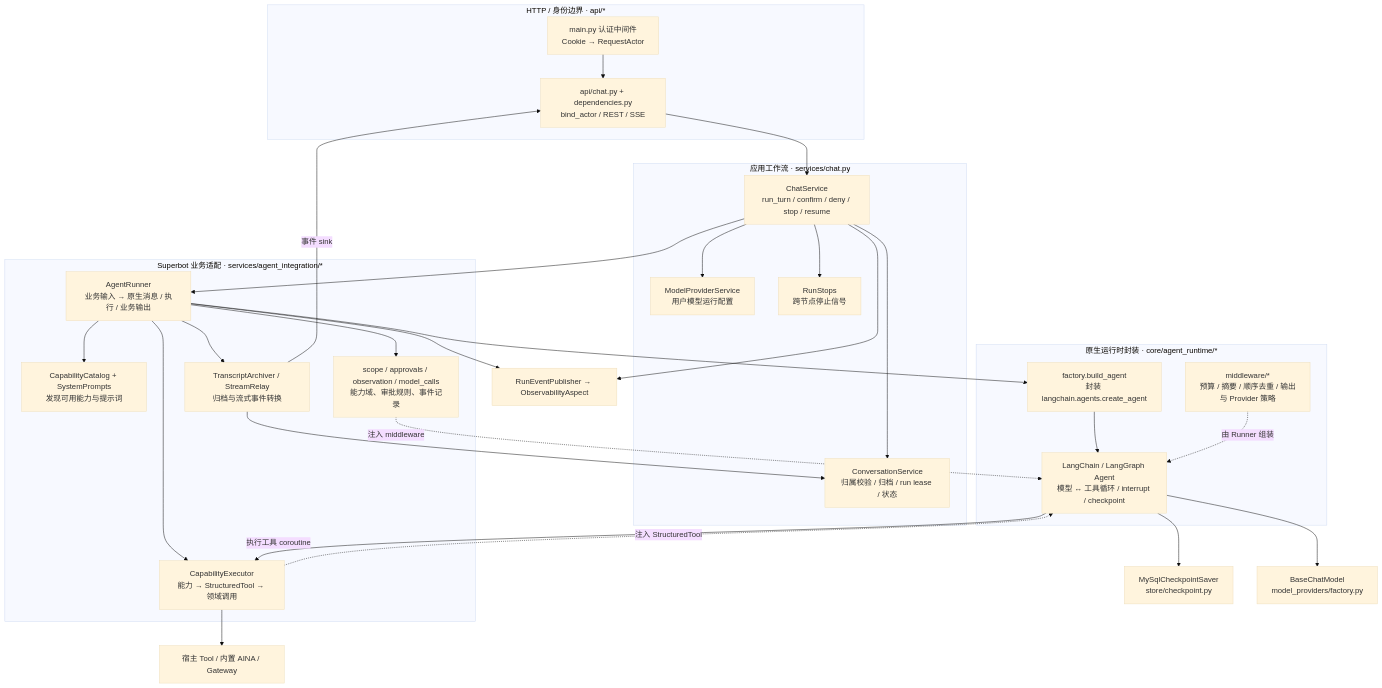
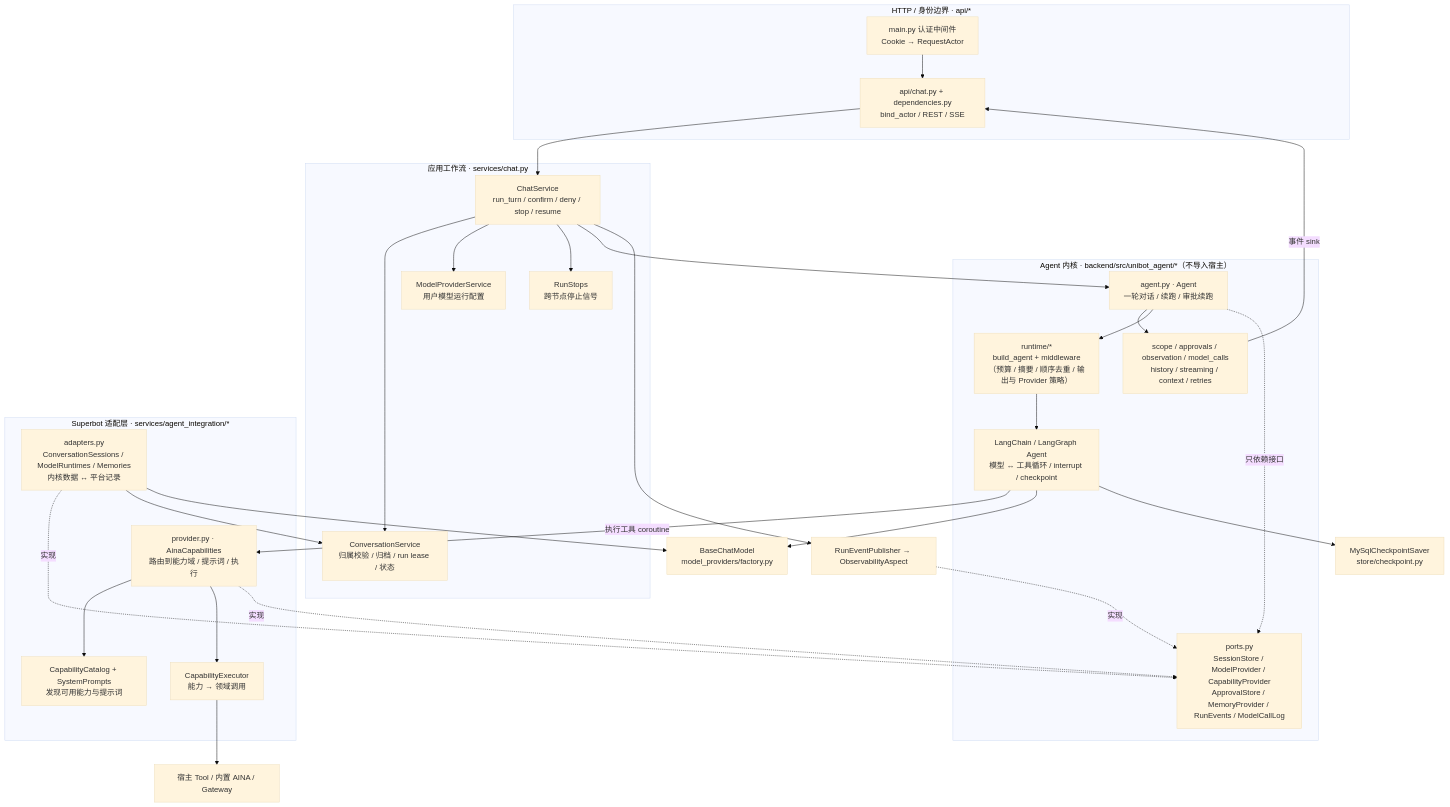
One commit to Tianzhou-Agent/Unibot changed the third of 6 diagrams in docs/code-boundaries.md. Above: the diagram before and after it, drawn with Mermaid (base theme). The commit also changed other lines of this file and 72 other files, not shown here.

Commit message:
refactor: decouple agent core from backend services

````diff
--- a/docs/code-boundaries.md
+++ b/docs/code-boundaries.md
@@ -105,56 +105,56 @@
 ```mermaid
 flowchart TB
     subgraph HTTP["HTTP / 身份边界 · api/*"]
         Actor["main.py 认证中间件<br/>Cookie → RequestActor"]
         Route["api/chat.py + dependencies.py<br/>bind_actor / REST / SSE"]
         Actor --> Route
     end
 
     subgraph Application["应用工作流 · services/chat.py"]
         Chat["ChatService<br/>run_turn / confirm / deny / stop / resume"]
         Conv["ConversationService<br/>归属校验 / 归档 / run lease / 状态"]
         Model["ModelProviderService<br/>用户模型运行配置"]
         Stops["RunStops<br/>跨节点停止信号"]
         Chat --> Conv
         Chat --> Model
         Chat --> Stops
     end
 
-    subgraph Integration["Superbot 业务适配 · services/agent_integration/*"]
-        Runner["AgentRunner<br/>业务输入 → 原生消息 / 执行 / 业务输出"]
-        Catalog["CapabilityCatalog + SystemPrompts<br/>发现可用能力与提示词"]
-        Policies["scope / approvals / observation / model_calls<br/>能力域、审批规则、事件记录"]
-        Exec["CapabilityExecutor<br/>能力 → StructuredTool → 领域调用"]
-        History["TranscriptArchiver / StreamRelay<br/>归档与流式事件转换"]
-        Runner --> Catalog
-        Runner --> Policies
-        Runner --> Exec
-        Runner --> History
+    subgraph Core["Agent 内核 · backend/src/unibot_agent/*（不导入宿主）"]
+        Agent["agent.py · Agent<br/>一轮对话 / 续跑 / 审批续跑"]
+        Ports["ports.py<br/>SessionStore / ModelProvider / CapabilityProvider<br/>ApprovalStore / MemoryProvider / RunEvents / ModelCallLog"]
+        Mech["scope / approvals / observation / model_calls<br/>history / streaming / context / retries"]
+        Runtime["runtime/*<br/>build_agent + middleware（预算 / 摘要 / 顺序去重 / 输出与 Provider 策略）"]
+        Graph["LangChain / LangGraph Agent<br/>模型 ↔ 工具循环 / interrupt / checkpoint"]
+        Agent --> Mech
+        Agent --> Runtime --> Graph
+        Agent -.->|"只依赖接口"| Ports
     end
 
-    subgraph Runtime["原生运行时封装 · core/agent_runtime/*"]
-        Factory["factory.build_agent<br/>封装 langchain.agents.create_agent"]
-        MW["middleware/*<br/>预算 / 摘要 / 顺序去重 / 输出与 Provider 策略"]
-        Graph["LangChain / LangGraph Agent<br/>模型 ↔ 工具循环 / interrupt / checkpoint"]
-        Factory --> Graph
-        MW -.->|"由 Runner 组装"| Graph
+    subgraph Adapters["Superbot 适配层 · services/agent_integration/*"]
+        Sessions["adapters.py<br/>ConversationSessions / ModelRuntimes / Memories<br/>内核数据 ↔ 平台记录"]
+        Provider["provider.py · AinaCapabilities<br/>路由到能力域 / 提示词 / 执行"]
+        Catalog["CapabilityCatalog + SystemPrompts<br/>发现可用能力与提示词"]
+        Exec["CapabilityExecutor<br/>能力 → 领域调用"]
+        Provider --> Catalog
+        Provider --> Exec
     end
 
     Checkpoint["MySqlCheckpointSaver<br/>store/checkpoint.py"]
-    Provider["BaseChatModel<br/>model_providers/factory.py"]
+    ChatModel["BaseChatModel<br/>model_providers/factory.py"]
     Domains["宿主 Tool / 内置 AINA / Gateway"]
     Events["RunEventPublisher → ObservabilityAspect"]
 
-    Route --> Chat --> Runner
-    Runner --> Factory
-    Policies -.->|"注入 middleware"| Graph
-    Exec -.->|"注入 StructuredTool"| Graph
-    Graph -->|"执行工具 coroutine"| Exec
+    Route --> Chat --> Agent
+    Sessions -.->|"实现"| Ports
+    Provider -.->|"实现"| Ports
+    Events -.->|"实现"| Ports
+    Sessions --> Conv
+    Sessions --> ChatModel
+    Graph -->|"执行工具 coroutine"| Provider
     Exec --> Domains
-    Graph --> Provider
+    Graph --> ChatModel
     Graph --> Checkpoint
-    History --> Conv
-    History -->|"事件 sink"| Route
+    Mech -->|"事件 sink"| Route
     Chat --> Events
-    Runner --> Events
 ```
````
